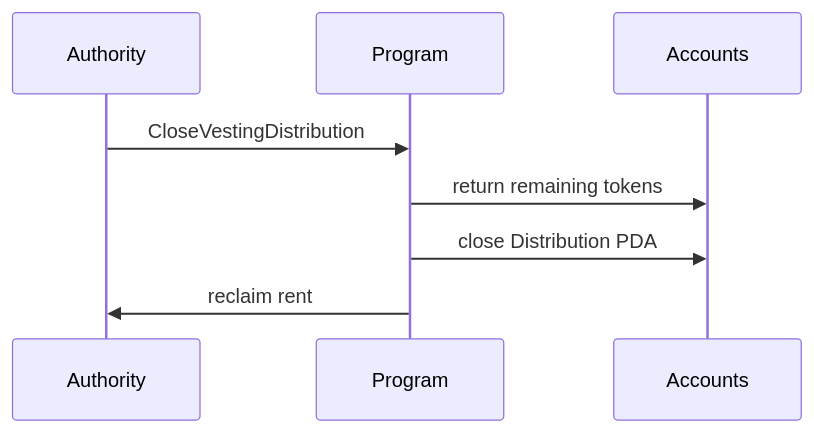
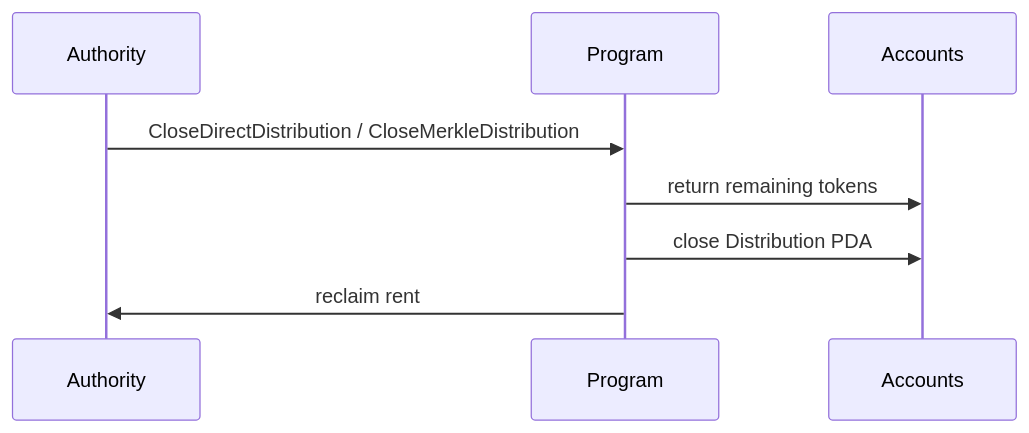
The fifth of 5 diagrams in README.md (solana-program/rewards), drawn with Mermaid before and after one commit. The commit also changed other lines of this file and 119 other files, not shown here.

````diff
--- a/README.md
+++ b/README.md
@@ -70,11 +126,11 @@
 ```mermaid
 sequenceDiagram
     participant Authority
     participant Program
     participant Accounts
 
-    Authority->>Program: CloseVestingDistribution
+    Authority->>Program: CloseDirectDistribution / CloseMerkleDistribution
     Program->>Accounts: return remaining tokens
     Program->>Accounts: close Distribution PDA
     Program->>Authority: reclaim rent
 ```
````
